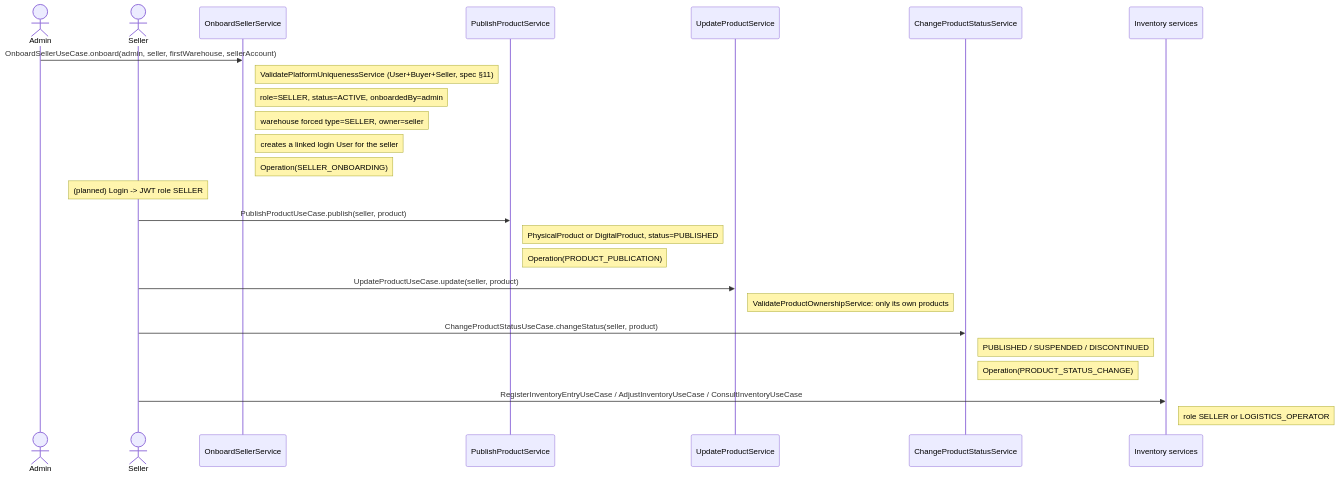
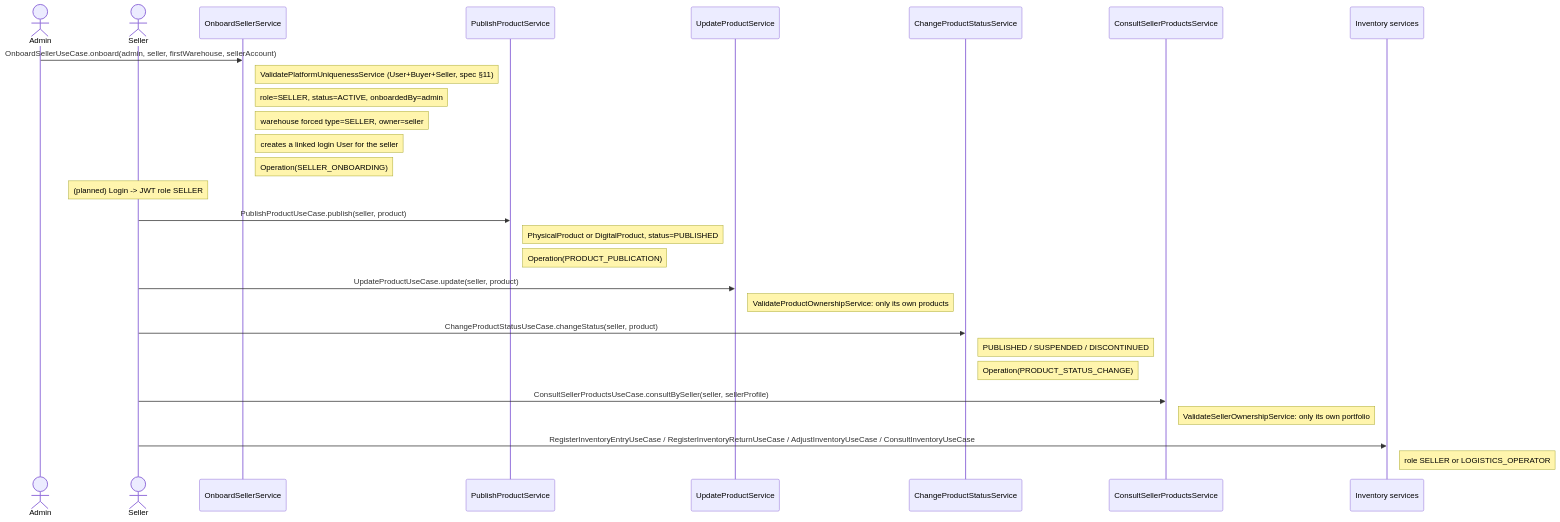
The fifth of 9 diagrams in SDD/Code Walkthrough and Role Flows.md (sirShovo/market_place), drawn with Mermaid before and after one commit. The commit also changed other lines of this file and 14 other files, not shown here.

````diff
--- a/SDD/Code Walkthrough and Role Flows.md
+++ b/SDD/Code Walkthrough and Role Flows.md
@@ -337,28 +338,31 @@
 ```mermaid
 sequenceDiagram
     actor A as Admin
     actor S as Seller
     participant Onb as OnboardSellerService
     participant Pub as PublishProductService
     participant Upd as UpdateProductService
     participant Stat as ChangeProductStatusService
+    participant List as ConsultSellerProductsService
     participant Inv as Inventory services
 
     A->>Onb: OnboardSellerUseCase.onboard(admin, seller, firstWarehouse, sellerAccount)
     Note right of Onb: ValidatePlatformUniquenessService (User+Buyer+Seller, spec §11)
     Note right of Onb: role=SELLER, status=ACTIVE, onboardedBy=admin
     Note right of Onb: warehouse forced type=SELLER, owner=seller
     Note right of Onb: creates a linked login User for the seller
     Note right of Onb: Operation(SELLER_ONBOARDING)
     Note over S: (planned) Login -> JWT role SELLER
     S->>Pub: PublishProductUseCase.publish(seller, product)
     Note right of Pub: PhysicalProduct or DigitalProduct, status=PUBLISHED
     Note right of Pub: Operation(PRODUCT_PUBLICATION)
     S->>Upd: UpdateProductUseCase.update(seller, product)
     Note right of Upd: ValidateProductOwnershipService: only its own products
     S->>Stat: ChangeProductStatusUseCase.changeStatus(seller, product)
     Note right of Stat: PUBLISHED / SUSPENDED / DISCONTINUED
     Note right of Stat: Operation(PRODUCT_STATUS_CHANGE)
-    S->>Inv: RegisterInventoryEntryUseCase / AdjustInventoryUseCase / ConsultInventoryUseCase
+    S->>List: ConsultSellerProductsUseCase.consultBySeller(seller, sellerProfile)
+    Note right of List: ValidateSellerOwnershipService: only its own portfolio
+    S->>Inv: RegisterInventoryEntryUseCase / RegisterInventoryReturnUseCase / AdjustInventoryUseCase / ConsultInventoryUseCase
     Note right of Inv: role SELLER or LOGISTICS_OPERATOR
 ```
````
